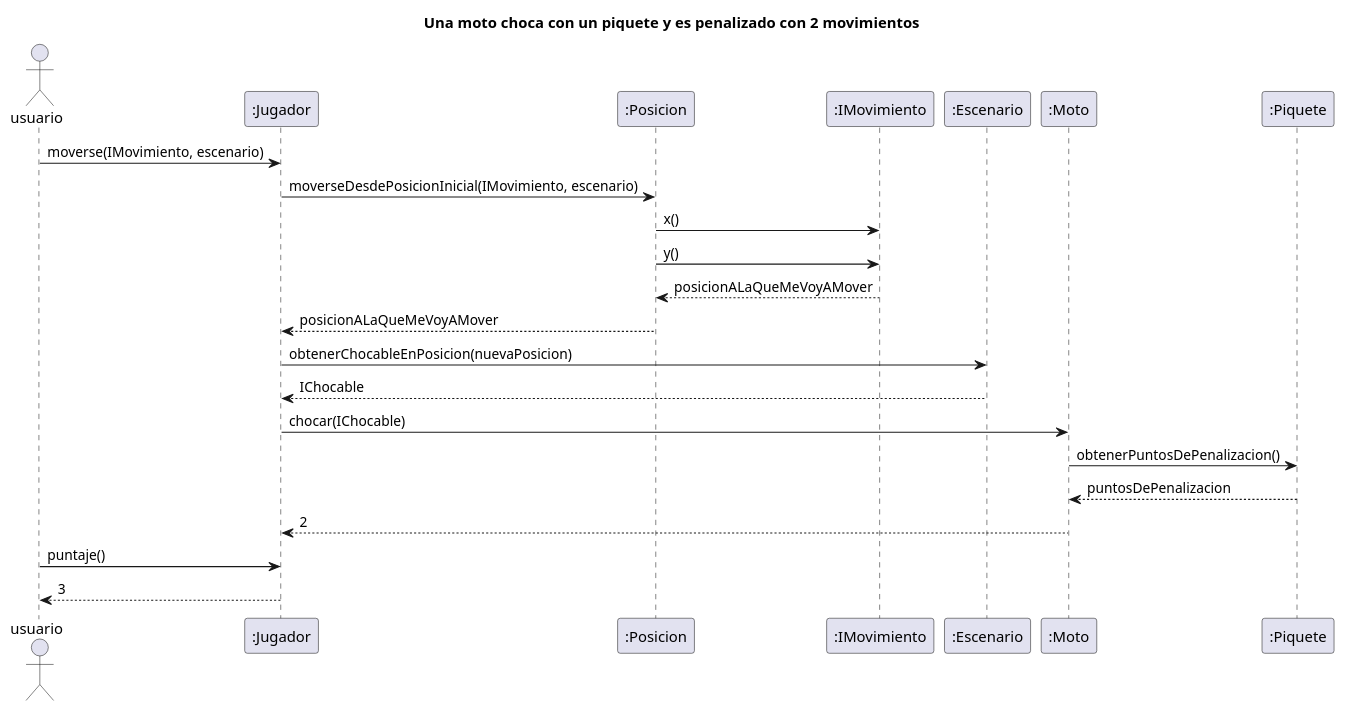
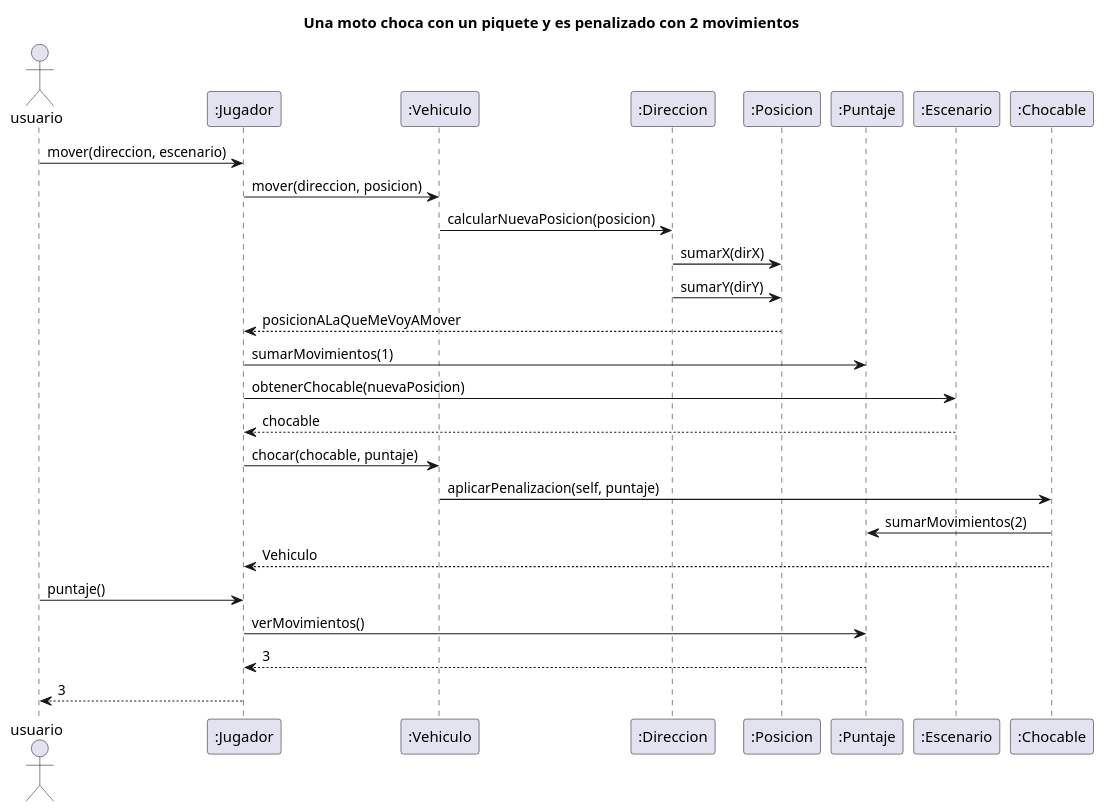
One commit to NestorPala/T17-GPSChallenge changed the diagram in diagrams/sequences/moto_choca_piquete.puml. Above: the diagram before and after it, drawn with PlantUML. The commit also changed 3 other files, not shown here.

Commit message:
Actualizo diagramas de clases y secuencia

```diff
--- a/diagrams/sequences/moto_choca_piquete.puml
+++ b/diagrams/sequences/moto_choca_piquete.puml
@@ -1,21 +1,25 @@
 @startuml
 title Una moto choca con un piquete y es penalizado con 2 movimientos
 
 Actor usuario
 
-"usuario" -> ":Jugador": moverse(IMovimiento, escenario)
-":Jugador" -> ":Posicion": moverseDesdePosicionInicial(IMovimiento, escenario)
-":Posicion" -> ":IMovimiento": x()
-":Posicion" -> ":IMovimiento": y()
-return posicionALaQueMeVoyAMover
+"usuario" -> ":Jugador": mover(direccion, escenario)
+":Jugador" -> ":Vehiculo": mover(direccion, posicion)
+":Vehiculo" -> ":Direccion": calcularNuevaPosicion(posicion)
+":Direccion" -> ":Posicion": sumarX(dirX)
+":Direccion" -> ":Posicion": sumarY(dirY)
 ":Posicion" --> ":Jugador": posicionALaQueMeVoyAMover
-":Jugador" -> ":Escenario": obtenerChocableEnPosicion(nuevaPosicion)
-":Escenario" --> ":Jugador": IChocable
-":Jugador" -> ":Moto": chocar(IChocable)
-":Moto" -> ":Piquete": obtenerPuntosDePenalizacion()
-return puntosDePenalizacion
-":Moto" --> ":Jugador": 2
+":Jugador" -> ":Puntaje": sumarMovimientos(1)
+":Jugador" -> ":Escenario": obtenerChocable(nuevaPosicion)
+":Escenario" --> ":Jugador": chocable
+":Jugador" -> ":Vehiculo": chocar(chocable, puntaje)
+":Vehiculo" -> ":Chocable": aplicarPenalizacion(self, puntaje)
+":Chocable" -> ":Puntaje" : sumarMovimientos(2)
+":Chocable" --> ":Jugador" : Vehiculo
+
 "usuario" -> ":Jugador": puntaje()
+":Jugador" -> ":Puntaje": verMovimientos()
 return 3
+":Jugador" --> "usuario" : 3
 
 @enduml
```
